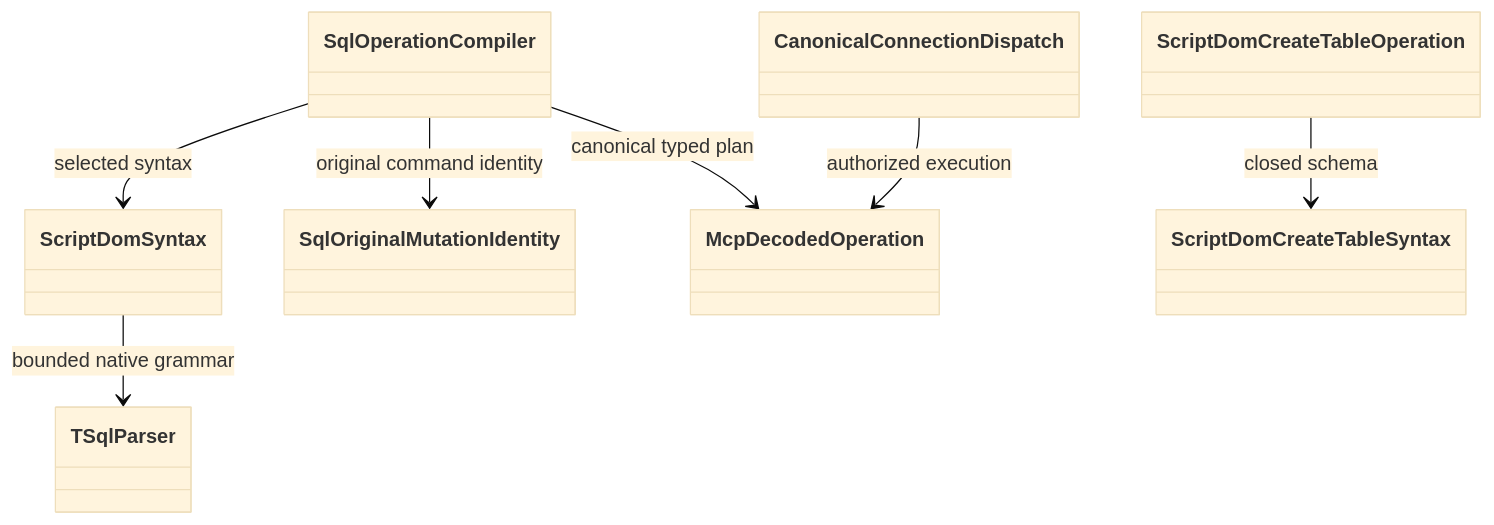
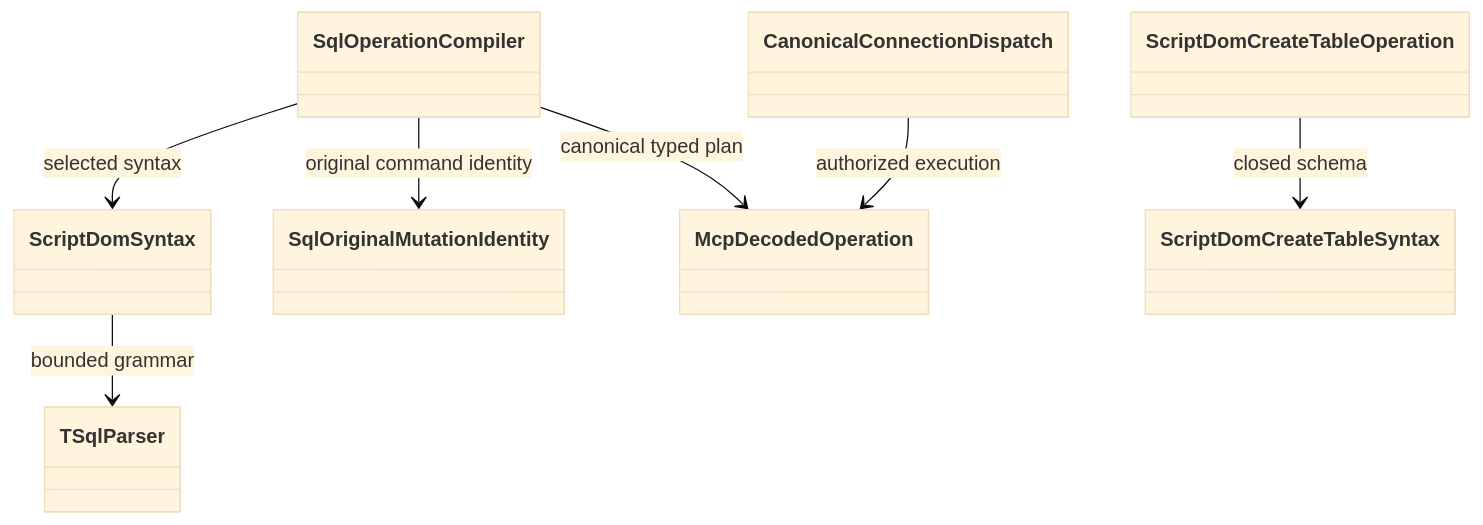
The seventh of 30 diagrams in docs/Architecture.md (managedcode/KeyLoad), drawn with Mermaid (base theme) before and after one commit. The commit also changed other lines of this file and 9016 other files, not shown here.

````diff
--- a/docs/Architecture.md
+++ b/docs/Architecture.md
@@ -335,9 +335,9 @@
 ```mermaid
 classDiagram
-    ScriptDomSyntax --> TSqlParser : bounded native grammar
+    ScriptDomSyntax --> TSqlParser : bounded grammar
     SqlOperationCompiler --> ScriptDomSyntax : selected syntax
     SqlOperationCompiler --> SqlOriginalMutationIdentity : original command identity
     SqlOperationCompiler --> McpDecodedOperation : canonical typed plan
     ScriptDomCreateTableOperation --> ScriptDomCreateTableSyntax : closed schema
     CanonicalConnectionDispatch --> McpDecodedOperation : authorized execution
 ```
````
